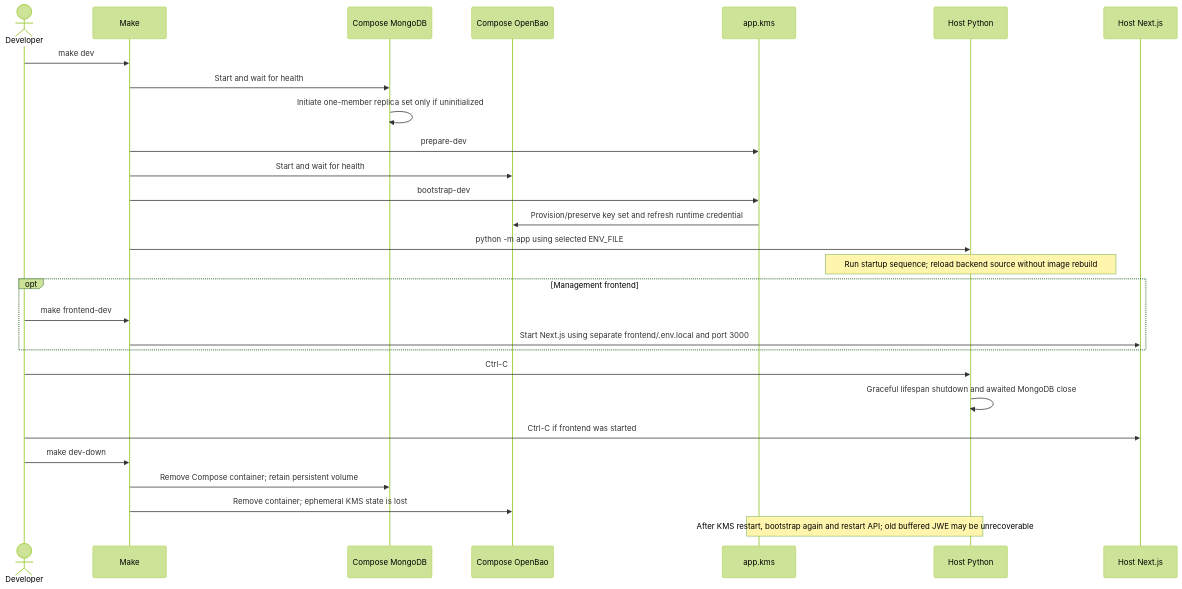
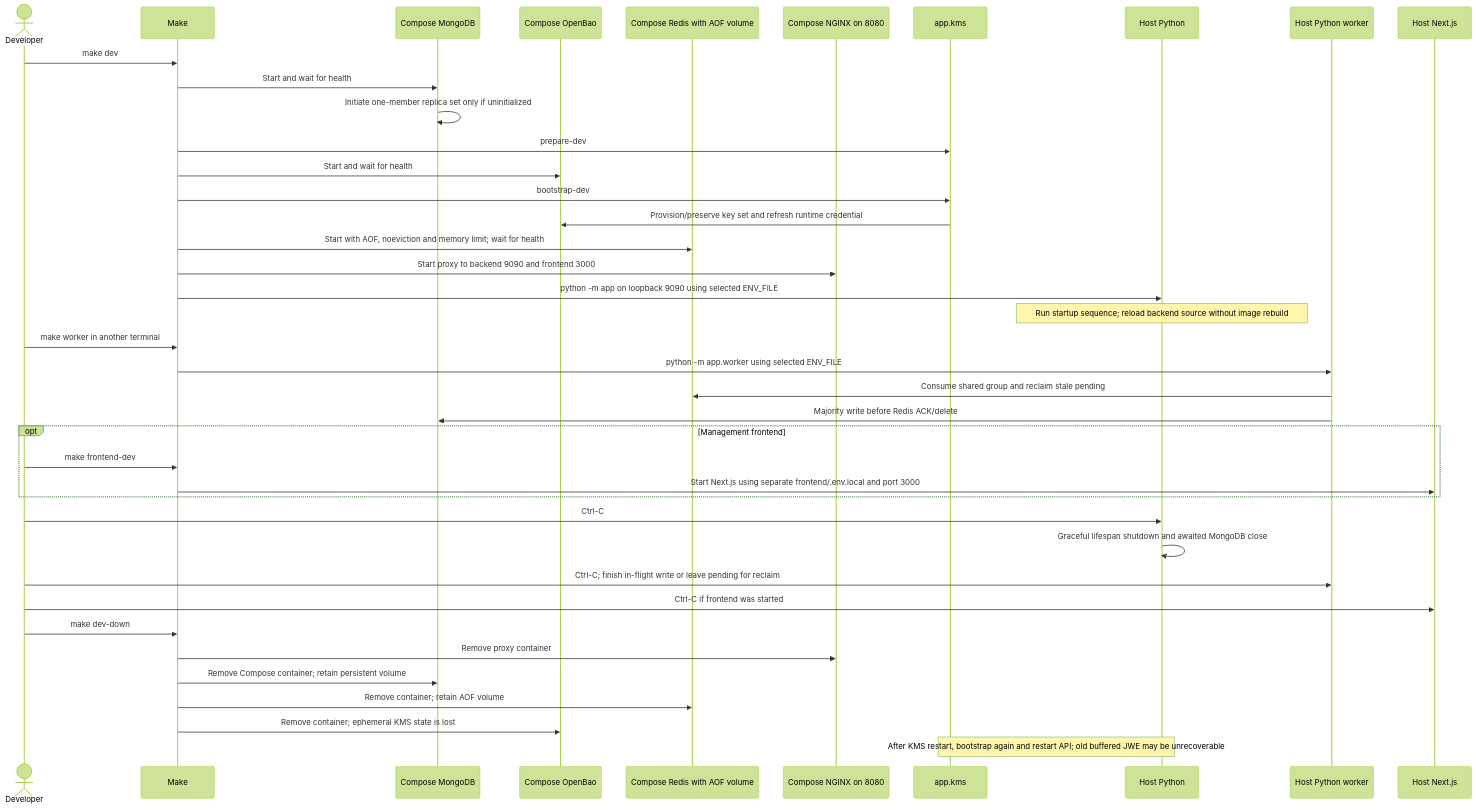
Diagram 21 of 24 in docs/IMPLEMENTATION_STATUS.md (lucagiorgino/http-logger-collector), drawn with Mermaid (forest theme) before and after one commit. The commit also changed other lines of this file and 6 other files, not shown here.

First line of the commit message:
docs: align architecture runbooks and authentication guidance

````diff
--- a/docs/IMPLEMENTATION_STATUS.md
+++ b/docs/IMPLEMENTATION_STATUS.md
@@ -1059,30 +1161,42 @@
 ```mermaid
 sequenceDiagram
     actor Developer
     participant Make
     participant Mongo as Compose MongoDB
     participant Bao as Compose OpenBao
+    participant Redis as Compose Redis with AOF volume
+    participant Proxy as Compose NGINX on 8080
     participant CLI as app.kms
     participant API as Host Python
+    participant Worker as Host Python worker
     participant UI as Host Next.js
     Developer->>Make: make dev
     Make->>Mongo: Start and wait for health
     Mongo->>Mongo: Initiate one-member replica set only if uninitialized
     Make->>CLI: prepare-dev
     Make->>Bao: Start and wait for health
     Make->>CLI: bootstrap-dev
     CLI->>Bao: Provision/preserve key set and refresh runtime credential
-    Make->>API: python -m app using selected ENV_FILE
+    Make->>Redis: Start with AOF, noeviction and memory limit#59; wait for health
+    Make->>Proxy: Start proxy to backend 9090 and frontend 3000
+    Make->>API: python -m app on loopback 9090 using selected ENV_FILE
     Note over API: Run startup sequence#59; reload backend source without image rebuild
+    Developer->>Make: make worker in another terminal
+    Make->>Worker: python -m app.worker using selected ENV_FILE
+    Worker->>Redis: Consume shared group and reclaim stale pending
+    Worker->>Mongo: Majority write before Redis ACK/delete
     opt Management frontend
         Developer->>Make: make frontend-dev
         Make->>UI: Start Next.js using separate frontend/.env.local and port 3000
     end
     Developer->>API: Ctrl-C
     API->>API: Graceful lifespan shutdown and awaited MongoDB close
+    Developer->>Worker: Ctrl-C#59; finish in-flight write or leave pending for reclaim
     Developer->>UI: Ctrl-C if frontend was started
     Developer->>Make: make dev-down
+    Make->>Proxy: Remove proxy container
     Make->>Mongo: Remove Compose container#59; retain persistent volume
+    Make->>Redis: Remove container#59; retain AOF volume
     Make->>Bao: Remove container#59; ephemeral KMS state is lost
     Note over CLI,API: After KMS restart, bootstrap again and restart API#59; old buffered JWE may be unrecoverable
 ```
````
